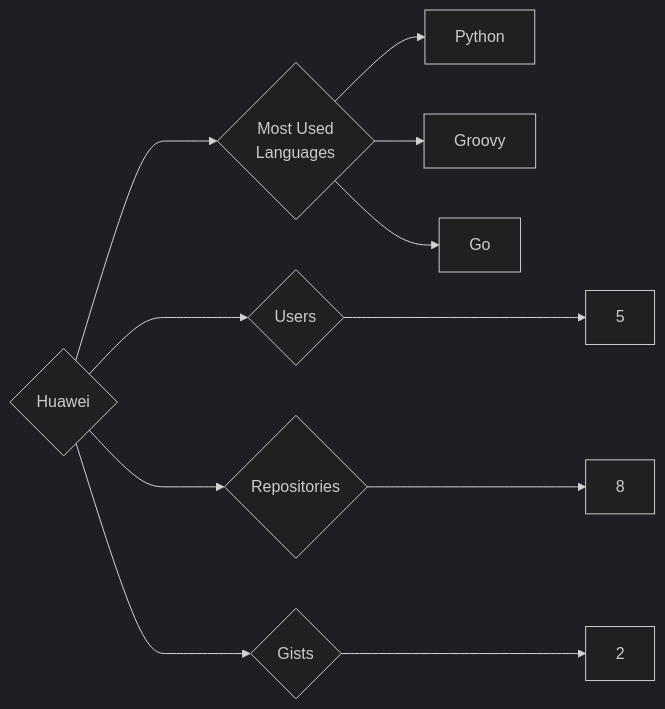
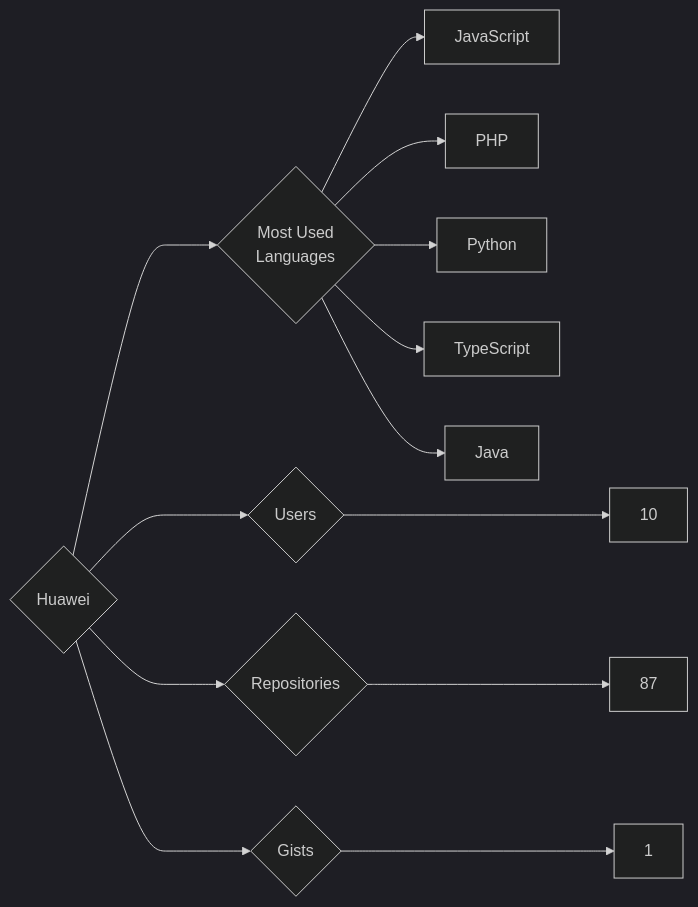
The diagram in targets/Huawei/README.md (trickest/insiders), drawn with Mermaid (dark theme) before and after one commit. The commit also changed 1120 other files, not shown here.

````diff
--- a/targets/Huawei/README.md
+++ b/targets/Huawei/README.md
@@ -3,11 +3,13 @@
 ```mermaid
 graph LR
 COMPANY_NAME{Huawei}
-COMPANY_NAME ---> U{Users} ---> UN[5]
-COMPANY_NAME ---> R{Repositories} ---> RN[8]
-COMPANY_NAME ---> G{Gists} ---> GN[2]
+COMPANY_NAME ---> U{Users} ---> UN[10]
+COMPANY_NAME ---> R{Repositories} ---> RN[87]
+COMPANY_NAME ---> G{Gists} ---> GN[1]
 COMPANY_NAME ---> ML{Most Used<br>Languages}
+ML --> JavaScript[JavaScript]
+ML --> PHP[PHP]
 ML --> Python[Python]
-ML --> Groovy[Groovy]
-ML --> Go[Go]
+ML --> TypeScript[TypeScript]
+ML --> Java[Java]
 ```
````
